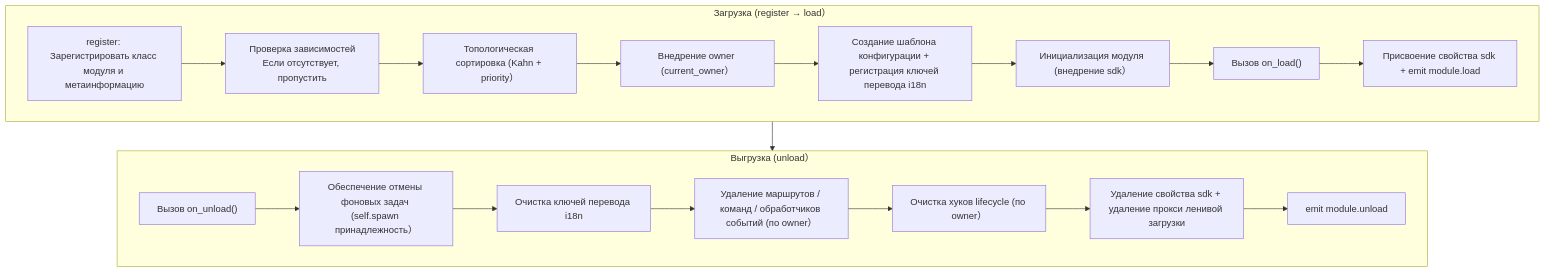
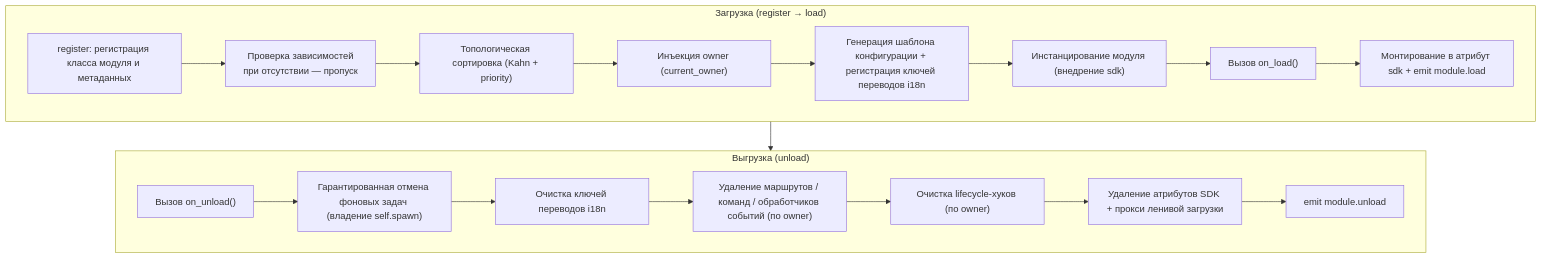
Before and after one commit to ErisPulse/ErisPulse: the diagram in docs/ru/developer-guide/modules/core-concepts.md, drawn with Mermaid. The commit also changed other lines of this file and 331 other files, not shown here.

````diff
--- a/docs/ru/developer-guide/modules/core-concepts.md
+++ b/docs/ru/developer-guide/modules/core-concepts.md
@@ -111,23 +111,23 @@
 ```mermaid
 flowchart TD
-    subgraph Load["Загрузка (register → load）"]
-        L1["register: Зарегистрировать класс модуля и метаинформацию"] --> L2["Проверка зависимостей<br/>Если отсутствует, пропустить"]
-        L2 --> L3["Топологическая сортировка (Kahn + priority）"]
-        L3 --> L4["Внедрение owner (current_owner）"]
-        L4 --> L5["Создание шаблона конфигурации + регистрация ключей перевода i18n"]
-        L5 --> L6["Инициализация модуля (внедрение sdk）"]
+    subgraph Load["Загрузка (register → load)"]
+        L1["register: регистрация класса модуля и метаданных"] --> L2["Проверка зависимостей<br/>при отсутствии — пропуск"]
+        L2 --> L3["Топологическая сортировка (Kahn + priority)"]
+        L3 --> L4["Инъекция owner (current_owner)"]
+        L4 --> L5["Генерация шаблона конфигурации + регистрация ключей переводов i18n"]
+        L5 --> L6["Инстанцирование модуля (внедрение sdk)"]
         L6 --> L7["Вызов on_load()"]
-        L7 --> L8["Присвоение свойства sdk + emit module.load"]
+        L7 --> L8["Монтирование в атрибут sdk + emit module.load"]
     end
 
-    subgraph Unload["Выгрузка (unload）"]
-        U1["Вызов on_unload()"] --> U2["Обеспечение отмены фоновых задач (self.spawn принадлежность）"]
-        U2 --> U3["Очистка ключей перевода i18n"]
-        U3 --> U4["Удаление маршрутов / команд / обработчиков событий (по owner）"]
-        U4 --> U5["Очистка хуков lifecycle (по owner）"]
-        U5 --> U6["Удаление свойства sdk + удаление прокси ленивой загрузки"]
+    subgraph Unload["Выгрузка (unload)"]
+        U1["Вызов on_unload()"] --> U2["Гарантированная отмена фоновых задач (владение self.spawn)"]
+        U2 --> U3["Очистка ключей переводов i18n"]
+        U3 --> U4["Удаление маршрутов / команд / обработчиков событий (по owner)"]
+        U4 --> U5["Очистка lifecycle-хуков (по owner)"]
+        U5 --> U6["Удаление атрибутов SDK + прокси ленивой загрузки"]
         U6 --> U7["emit module.unload"]
     end
 
     Load --> Unload
 ```
````
